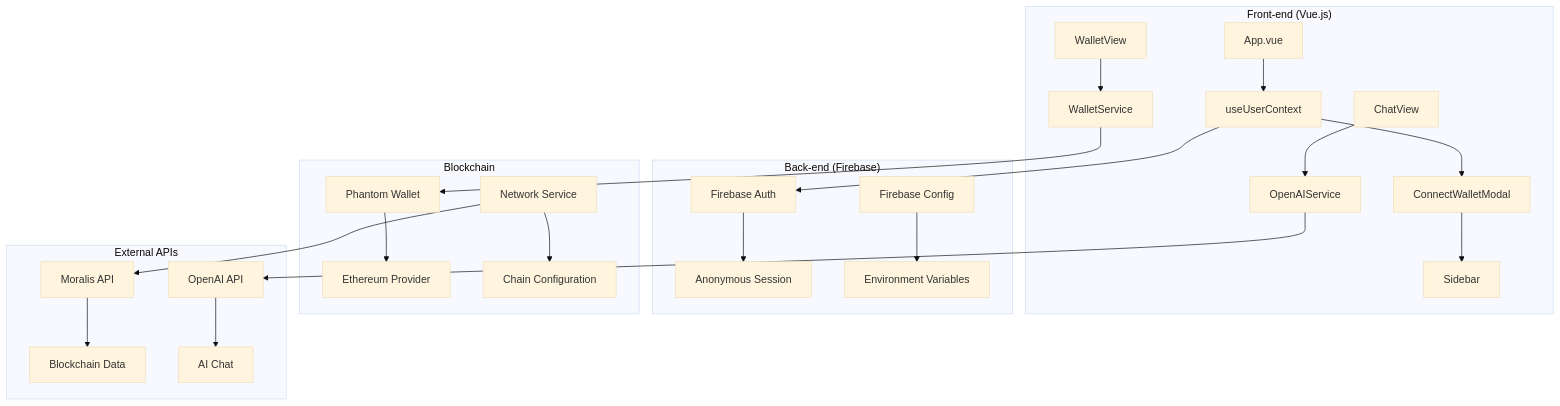
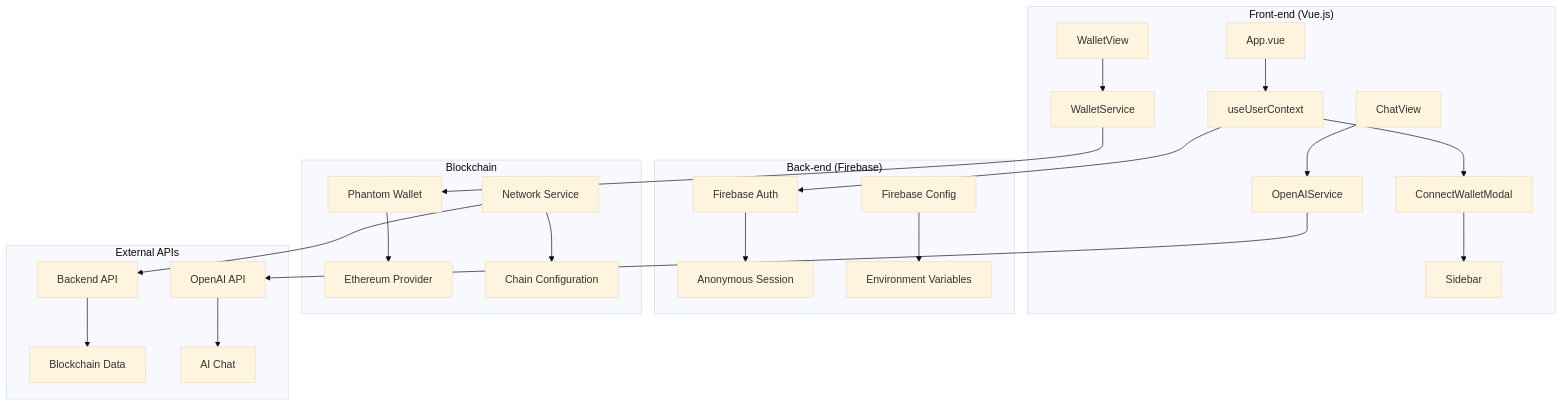
One commit to cripto-tcc/platform changed the diagram in docs/authentication-flow.md. Above: the diagram before and after it, drawn with Mermaid (base theme). The commit also changed 5 other files, not shown here.

````diff
--- a/docs/authentication-flow.md
+++ b/docs/authentication-flow.md
@@ -9,30 +9,30 @@
 ```mermaid
 graph TB
     subgraph "Front-end (Vue.js)"
         A[App.vue] --> B[useUserContext]
         B --> C[ConnectWalletModal]
         C --> D[Sidebar]
         E[WalletView] --> F[WalletService]
         G[ChatView] --> H[OpenAIService]
     end
 
     subgraph "Back-end (Firebase)"
         I[Firebase Auth] --> J[Anonymous Session]
         K[Firebase Config] --> L[Environment Variables]
     end
 
     subgraph "Blockchain"
         M[Phantom Wallet] --> N[Ethereum Provider]
         O[Network Service] --> P[Chain Configuration]
     end
 
     subgraph "External APIs"
-        Q[Moralis API] --> R[Blockchain Data]
+        Q[Backend API] --> R[Blockchain Data]
         S[OpenAI API] --> T[AI Chat]
     end
 
     B --> I
     F --> M
     H --> S
     O --> Q
 ```
````
